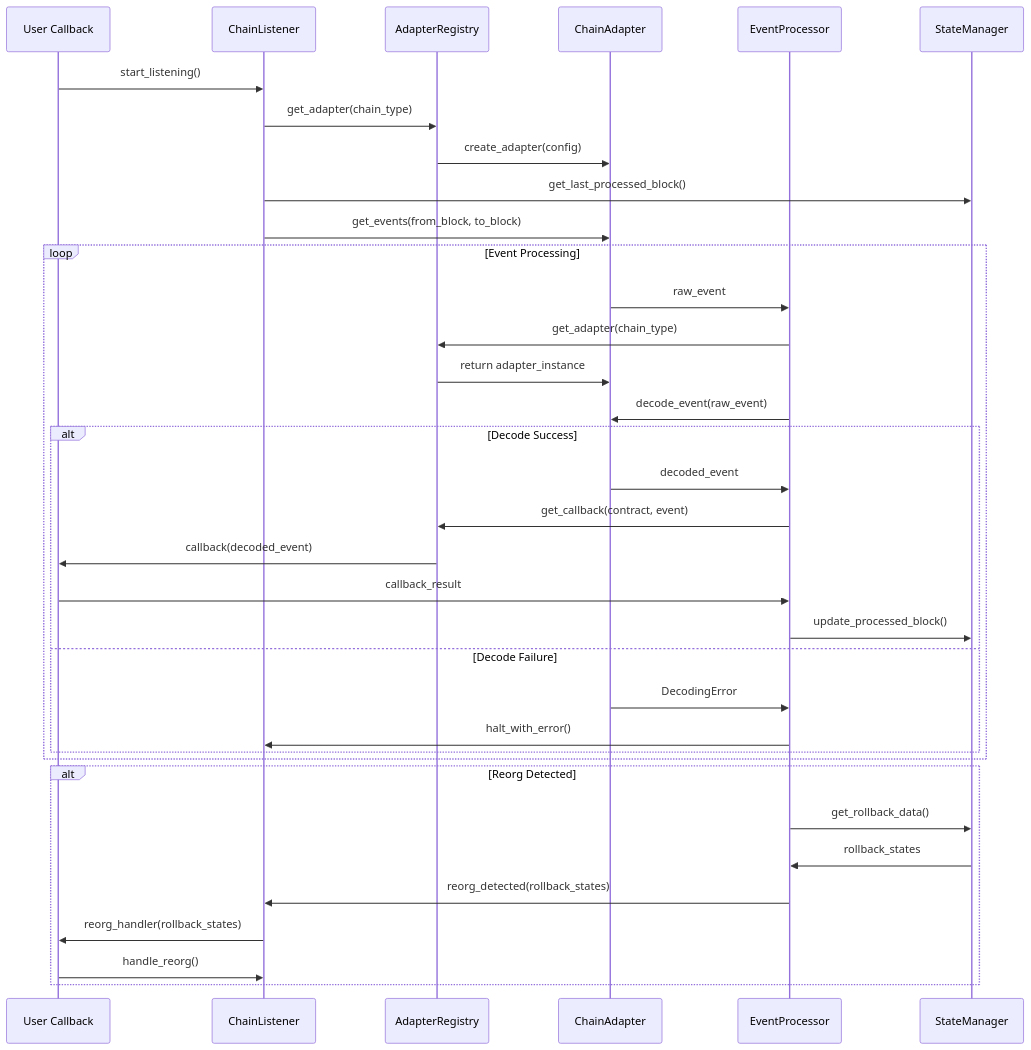
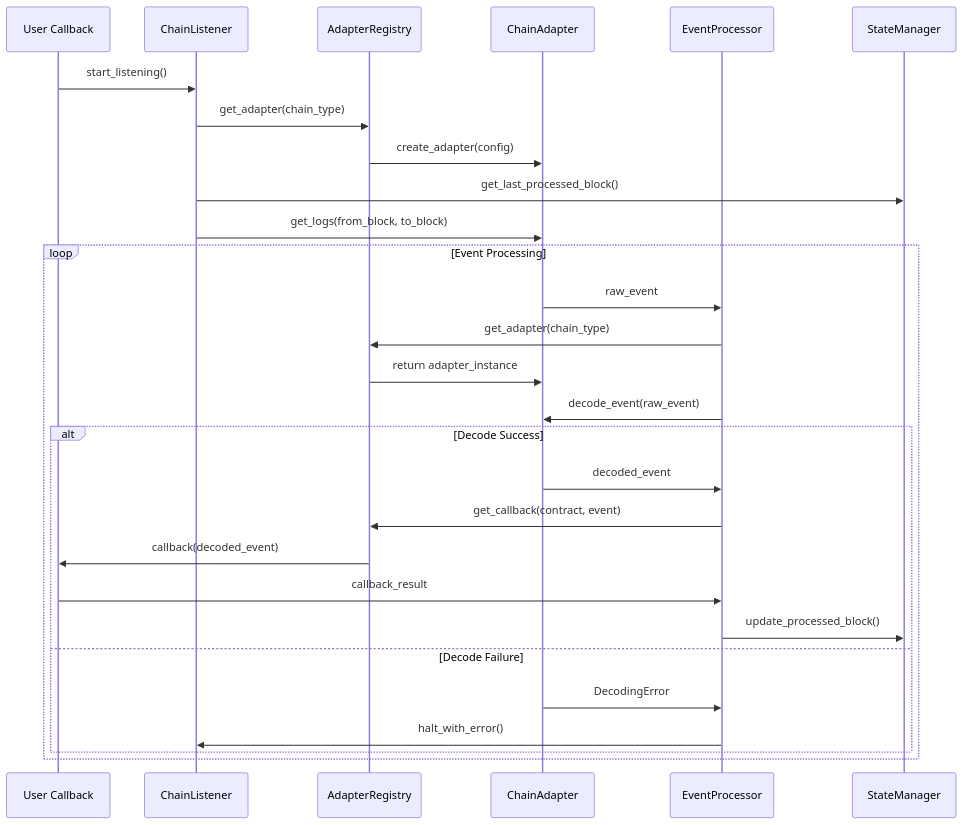
Before and after one commit to vincentzhong1997-alt/chain-listener: the second of 2 diagrams in solution/TECHNICAL_SOLUTION.md, drawn with Mermaid. The commit also changed other lines of this file and 27 other files, not shown here.

````diff
--- a/solution/TECHNICAL_SOLUTION.md
+++ b/solution/TECHNICAL_SOLUTION.md
@@ -315,41 +310,34 @@
 ```mermaid
 sequenceDiagram
     participant User as User Callback
     participant Coordinator as ChainListener
     participant Registry as AdapterRegistry
     participant Adapter as ChainAdapter
     participant Processor as EventProcessor
     participant StateMgr as StateManager
 
     User->>Coordinator: start_listening()
     Coordinator->>Registry: get_adapter(chain_type)
     Registry->>Adapter: create_adapter(config)
     Coordinator->>StateMgr: get_last_processed_block()
-    Coordinator->>Adapter: get_events(from_block, to_block)
+    Coordinator->>Adapter: get_logs(from_block, to_block)
 
     loop Event Processing
         Adapter->>Processor: raw_event
         Processor->>Registry: get_adapter(chain_type)
         Registry->>Adapter: return adapter_instance
         Processor->>Adapter: decode_event(raw_event)
 
         alt Decode Success
             Adapter->>Processor: decoded_event
             Processor->>Registry: get_callback(contract, event)
             Registry->>User: callback(decoded_event)
             User->>Processor: callback_result
             Processor->>StateMgr: update_processed_block()
         else Decode Failure
             Adapter->>Processor: DecodingError
             Processor->>Coordinator: halt_with_error()
         end
     end
 
-    alt Reorg Detected
-        Processor->>StateMgr: get_rollback_data()
-        StateMgr->>Processor: rollback_states
-        Processor->>Coordinator: reorg_detected(rollback_states)
-        Coordinator->>User: reorg_handler(rollback_states)
-        User->>Coordinator: handle_reorg()
-    end
 ```
````
